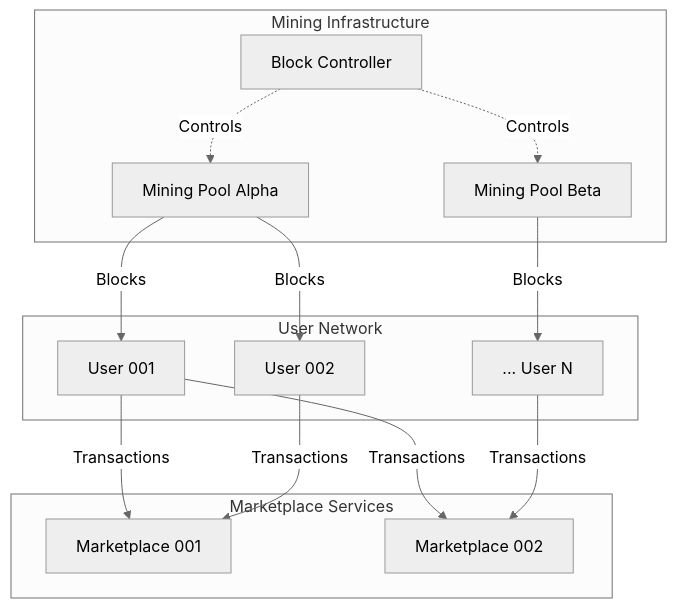
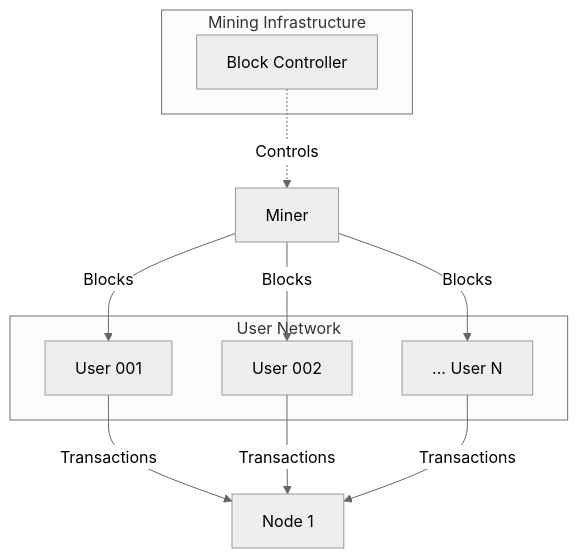
One commit to Fountain5405/monerosim changed the first of 3 diagrams in docs/ARCHITECTURE.md. Above: the diagram before and after it, drawn with Mermaid (neutral theme). The commit also changed other lines of this file and 448 other files, not shown here.

First line of the commit message:
Refactor agent architecture and fix configuration issues

````diff
--- a/docs/ARCHITECTURE.md
+++ b/docs/ARCHITECTURE.md
@@ -132,31 +130,22 @@
 ```mermaid
 graph TD
     subgraph "Mining Infrastructure"
-        MP1[Mining Pool Alpha]
-        MP2[Mining Pool Beta]
         BC[Block Controller]
     end
     
     subgraph "User Network"
         U1[User 001]
         U2[User 002]
         UN[... User N]
     end
     
-    subgraph "Marketplace Services"
-        M1[Marketplace 001]
-        M2[Marketplace 002]
-    end
+    BC -.->|Controls| M1[Miner]
     
-    BC -.->|Controls| MP1
-    BC -.->|Controls| MP2
+    U1 -->|Transactions| N1[Node 1]
+    U2 -->|Transactions| N1
+    UN -->|Transactions| N1
     
-    U1 -->|Transactions| M1
-    U1 -->|Transactions| M2
-    U2 -->|Transactions| M1
-    UN -->|Transactions| M2
-    
-    MP1 -->|Blocks| U1
-    MP1 -->|Blocks| U2
-    MP2 -->|Blocks| UN
+    M1 -->|Blocks| U1
+    M1 -->|Blocks| U2
+    M1 -->|Blocks| UN
 ```
````
